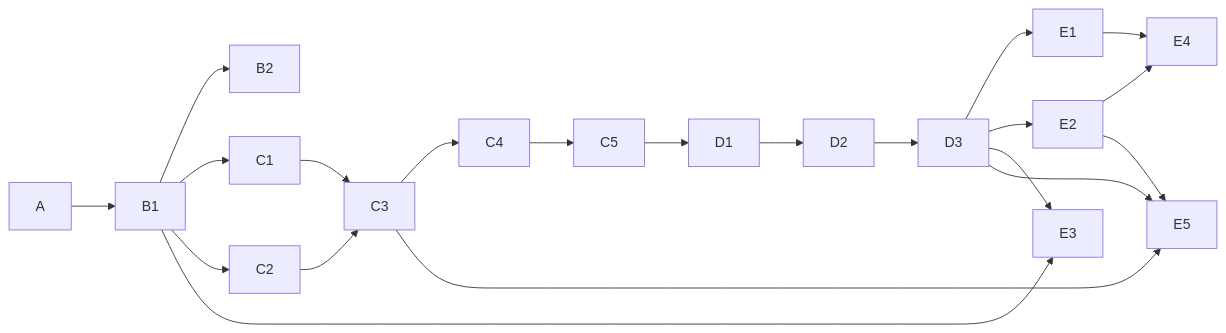
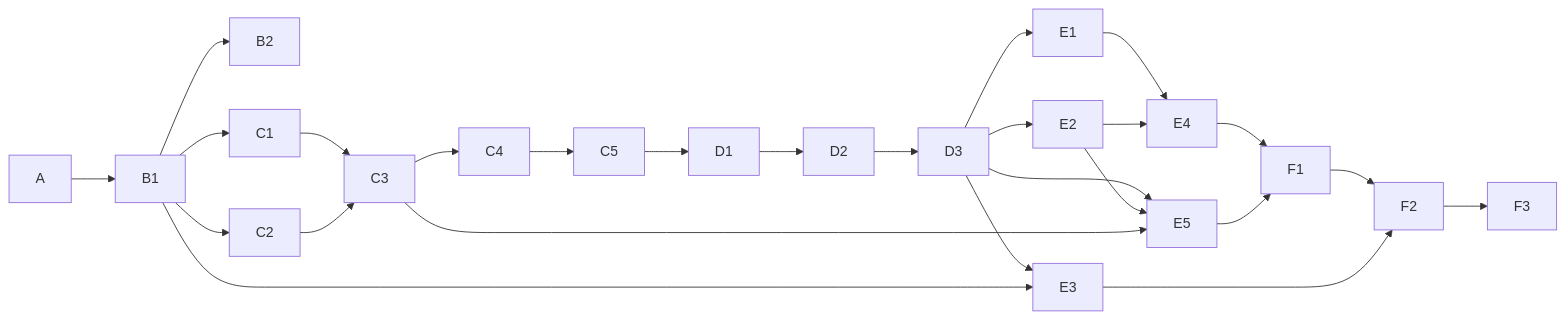
The diagram in docs/specs/11-CODE/TBL-CODE-001.md (HoyoungParkme/tableau_platform), drawn with Mermaid before and after one commit. The commit also changed other lines of this file, not shown here.

````diff
--- a/docs/specs/11-CODE/TBL-CODE-001.md
+++ b/docs/specs/11-CODE/TBL-CODE-001.md
@@ -216,17 +252,22 @@
 ```mermaid
 flowchart LR
   A --> B1 --> B2
   B1 --> C1 --> C3
   B1 --> C2 --> C3
   C3 --> C4 --> C5
   C5 --> D1 --> D2 --> D3
   D3 --> E1
   D3 --> E2
   D3 --> E3
   B1 --> E3
   E1 --> E4
   E2 --> E4
   D3 --> E5
   E2 --> E5
   C3 --> E5
+  E4 --> F1
+  E5 --> F1
+  F1 --> F2
+  E3 --> F2
+  F2 --> F3
 ```
````
